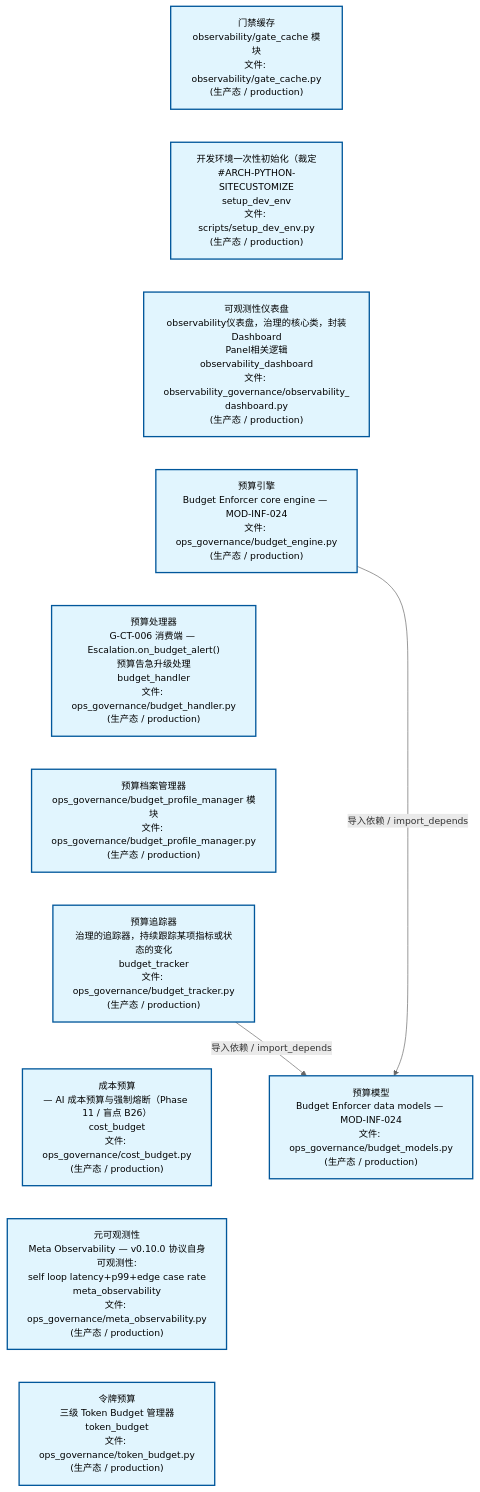
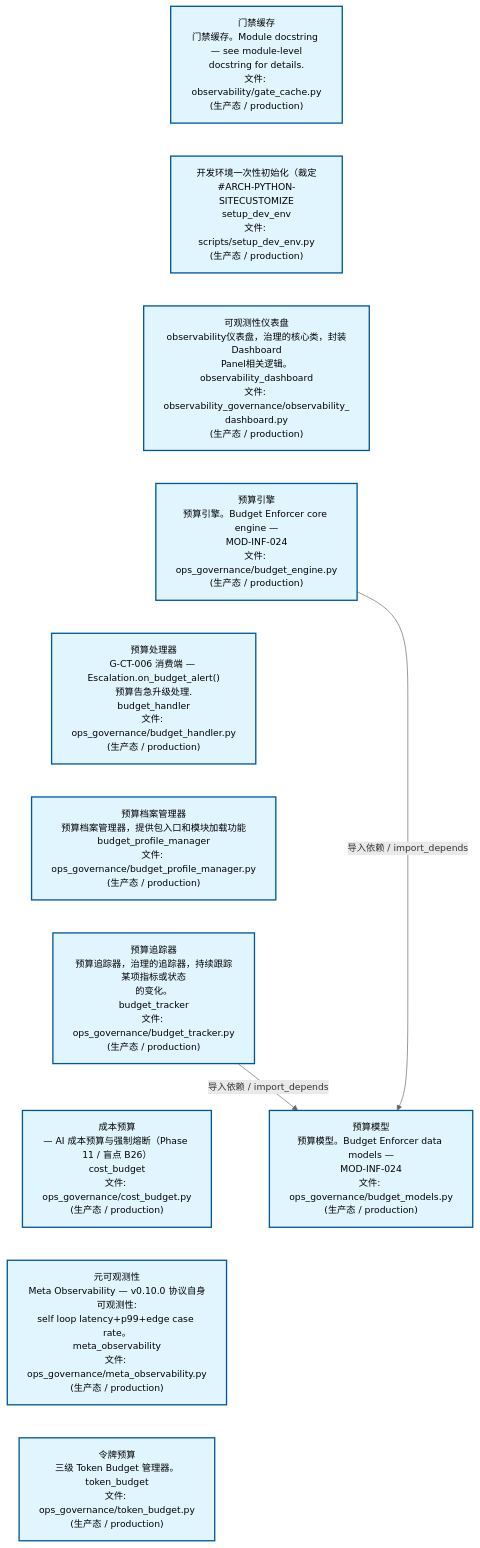
The second of 3 diagrams in docs/02_enterprise_architecture/02_domain_architecture_docs/24_d_ops.md (xuanFelixVan/ZephyrAlpha), drawn with Mermaid before and after one commit. The commit also changed other lines of this file and 61 other files, not shown here.

````diff
--- a/docs/02_enterprise_architecture/02_domain_architecture_docs/24_d_ops.md
+++ b/docs/02_enterprise_architecture/02_domain_architecture_docs/24_d_ops.md
@@ -125,31 +125,31 @@
 ```mermaid
 %%{init: {'theme': 'base', 'themeVariables': {'primaryColor': '#eaeaea', 'primaryTextColor': '#333333', 'primaryBorderColor': '#666666', 'lineColor': '#666666', 'secondaryColor': '#eaeaea', 'tertiaryColor': '#eaeaea', 'fontSize': '14px'}}}%%
 flowchart TD
-    scripts_governance_observability_gate_cache_py["门禁缓存<br/>observability/gate_cache 模块<br/>文件: observability/gate_cache.py<br/>(生产态 / production)"]
+    scripts_governance_observability_gate_cache_py["门禁缓存<br/>门禁缓存。Module docstring — see module-level<br/>docstring for details.<br/>文件: observability/gate_cache.py<br/>(生产态 / production)"]
     scripts_setup_dev_env_py["开发环境一次性初始化（裁定<br/>#ARCH-PYTHON-SITECUSTOMIZE<br/>setup_dev_env<br/>文件: scripts/setup_dev_env.py<br/>(生产态 / production)"]
-    src_zephyr_governance_observability_governance_observability_dashboard_py["可观测性仪表盘<br/>observability仪表盘，治理的核心类，封装Dashboard<br/>Panel相关逻辑<br/>observability_dashboard<br/>文件: observability_governance/observability_<br/>dashboard.py<br/>(生产态 / production)"]
-    src_zephyr_governance_ops_governance_budget_engine_py["预算引擎<br/>Budget Enforcer core engine — MOD-INF-024<br/>文件: ops_governance/budget_engine.py<br/>(生产态 / production)"]
-    src_zephyr_governance_ops_governance_budget_handler_py["预算处理器<br/>G-CT-006 消费端 — Escalation.on_budget_alert()<br/>预算告急升级处理<br/>budget_handler<br/>文件: ops_governance/budget_handler.py<br/>(生产态 / production)"]
-    src_zephyr_governance_ops_governance_budget_profile_manager_py["预算档案管理器<br/>ops_governance/budget_profile_manager 模块<br/>文件: ops_governance/budget_profile_manager.py<br/>(生产态 / production)"]
-    src_zephyr_governance_ops_governance_budget_tracker_py["预算追踪器<br/>治理的追踪器，持续跟踪某项指标或状态的变化<br/>budget_tracker<br/>文件: ops_governance/budget_tracker.py<br/>(生产态 / production)"]
+    src_zephyr_governance_observability_governance_observability_dashboard_py["可观测性仪表盘<br/>observability仪表盘，治理的核心类，封装Dashboard<br/>Panel相关逻辑。<br/>observability_dashboard<br/>文件: observability_governance/observability_<br/>dashboard.py<br/>(生产态 / production)"]
+    src_zephyr_governance_ops_governance_budget_engine_py["预算引擎<br/>预算引擎。Budget Enforcer core engine —<br/>MOD-INF-024<br/>文件: ops_governance/budget_engine.py<br/>(生产态 / production)"]
+    src_zephyr_governance_ops_governance_budget_handler_py["预算处理器<br/>G-CT-006 消费端 — Escalation.on_budget_alert()<br/>预算告急升级处理.<br/>budget_handler<br/>文件: ops_governance/budget_handler.py<br/>(生产态 / production)"]
+    src_zephyr_governance_ops_governance_budget_profile_manager_py["预算档案管理器<br/>预算档案管理器，提供包入口和模块加载功能<br/>budget_profile_manager<br/>文件: ops_governance/budget_profile_manager.py<br/>(生产态 / production)"]
+    src_zephyr_governance_ops_governance_budget_tracker_py["预算追踪器<br/>预算追踪器，治理的追踪器，持续跟踪某项指标或状态<br/>的变化。<br/>budget_tracker<br/>文件: ops_governance/budget_tracker.py<br/>(生产态 / production)"]
     src_zephyr_governance_ops_governance_cost_budget_py["成本预算<br/>— AI 成本预算与强制熔断（Phase 11 / 盲点 B26）<br/>cost_budget<br/>文件: ops_governance/cost_budget.py<br/>(生产态 / production)"]
-    src_zephyr_governance_ops_governance_meta_observability_py["元可观测性<br/>Meta Observability — v0.10.0 协议自身可观测性:<br/>self loop latency+p99+edge case rate<br/>meta_observability<br/>文件: ops_governance/meta_observability.py<br/>(生产态 / production)"]
-    src_zephyr_governance_ops_governance_token_budget_py["令牌预算<br/>三级 Token Budget 管理器<br/>token_budget<br/>文件: ops_governance/token_budget.py<br/>(生产态 / production)"]
+    src_zephyr_governance_ops_governance_meta_observability_py["元可观测性<br/>Meta Observability — v0.10.0 协议自身可观测性:<br/>self loop latency+p99+edge case rate。<br/>meta_observability<br/>文件: ops_governance/meta_observability.py<br/>(生产态 / production)"]
+    src_zephyr_governance_ops_governance_token_budget_py["令牌预算<br/>三级 Token Budget 管理器。<br/>token_budget<br/>文件: ops_governance/token_budget.py<br/>(生产态 / production)"]
     scripts_governance_observability_gate_cache_py ~~~ scripts_setup_dev_env_py
     scripts_setup_dev_env_py ~~~ src_zephyr_governance_observability_governance_observability_dashboard_py
     src_zephyr_governance_observability_governance_observability_dashboard_py ~~~ src_zephyr_governance_ops_governance_budget_engine_py
     src_zephyr_governance_ops_governance_budget_engine_py ~~~ src_zephyr_governance_ops_governance_budget_handler_py
     src_zephyr_governance_ops_governance_budget_handler_py ~~~ src_zephyr_governance_ops_governance_budget_profile_manager_py
     src_zephyr_governance_ops_governance_budget_profile_manager_py ~~~ src_zephyr_governance_ops_governance_budget_tracker_py
     src_zephyr_governance_ops_governance_budget_tracker_py ~~~ src_zephyr_governance_ops_governance_cost_budget_py
     src_zephyr_governance_ops_governance_cost_budget_py ~~~ src_zephyr_governance_ops_governance_meta_observability_py
     src_zephyr_governance_ops_governance_meta_observability_py ~~~ src_zephyr_governance_ops_governance_token_budget_py
-    src_zephyr_governance_ops_governance_budget_models_py["预算模型<br/>Budget Enforcer data models — MOD-INF-024<br/>文件: ops_governance/budget_models.py<br/>(生产态 / production)"]
+    src_zephyr_governance_ops_governance_budget_models_py["预算模型<br/>预算模型。Budget Enforcer data models —<br/>MOD-INF-024<br/>文件: ops_governance/budget_models.py<br/>(生产态 / production)"]
     src_zephyr_governance_ops_governance_budget_engine_py -->|导入依赖 / import_depends| src_zephyr_governance_ops_governance_budget_models_py
     src_zephyr_governance_ops_governance_budget_tracker_py -->|导入依赖 / import_depends| src_zephyr_governance_ops_governance_budget_models_py
     classDef production fill:#e1f5fe,stroke:#01579b,stroke-width:2px,color:#000
     classDef design fill:#fff3e0,stroke:#e65100,stroke-width:2px,color:#000,stroke-dasharray: 5 5
     classDef external_prod fill:#e8f4fd,stroke:#0277bd,stroke-width:1px,color:#000
     classDef external_design fill:#fff8e7,stroke:#ef6c00,stroke-width:1px,color:#000,stroke-dasharray: 5 5
     class scripts_governance_observability_gate_cache_py,scripts_setup_dev_env_py,src_zephyr_governance_observability_governance_observability_dashboard_py,src_zephyr_governance_ops_governance_budget_engine_py,src_zephyr_governance_ops_governance_budget_handler_py,src_zephyr_governance_ops_governance_budget_models_py,src_zephyr_governance_ops_governance_budget_profile_manager_py,src_zephyr_governance_ops_governance_budget_tracker_py,src_zephyr_governance_ops_governance_cost_budget_py,src_zephyr_governance_ops_governance_meta_observability_py,src_zephyr_governance_ops_governance_token_budget_py production
 ```
````
